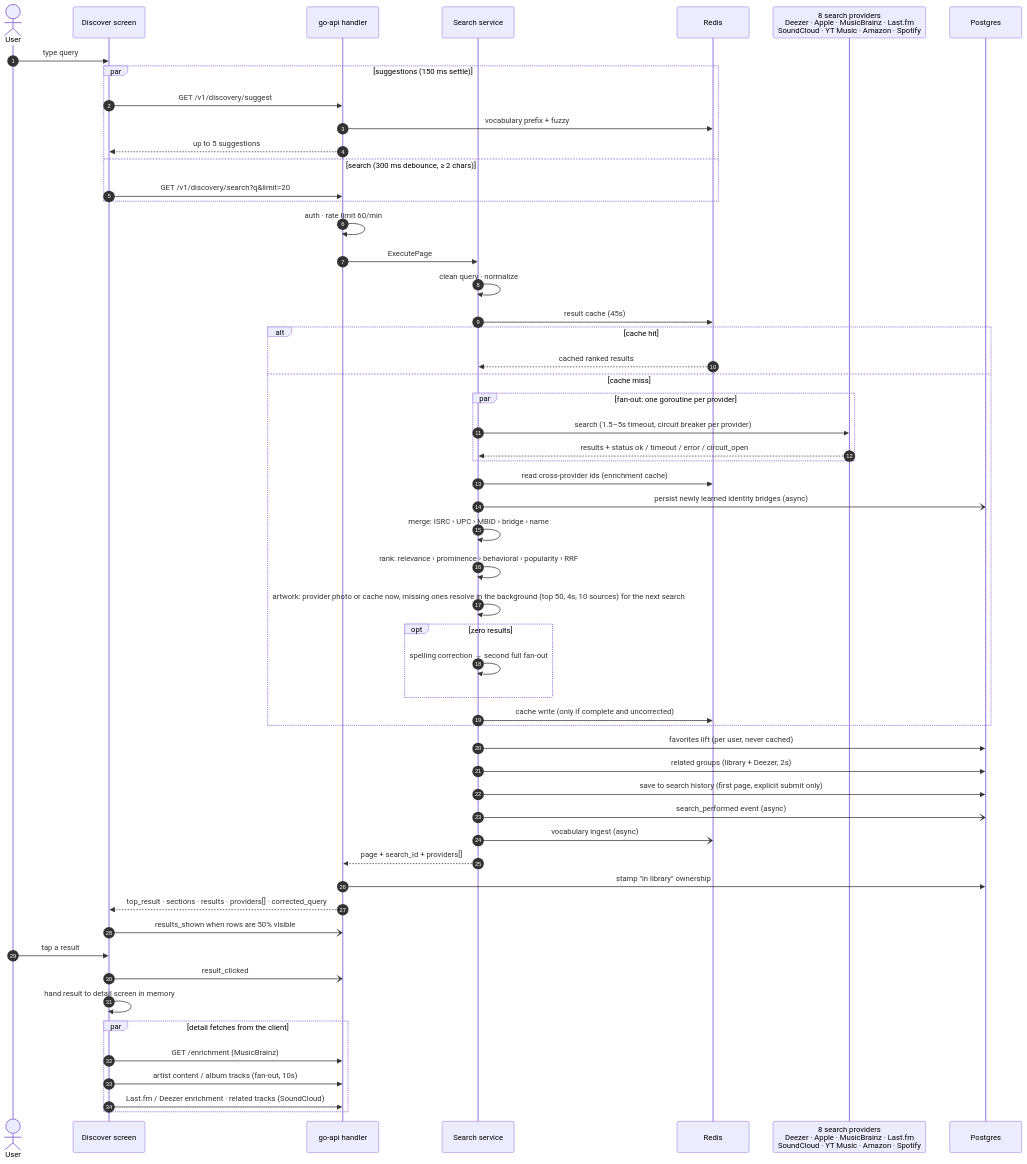
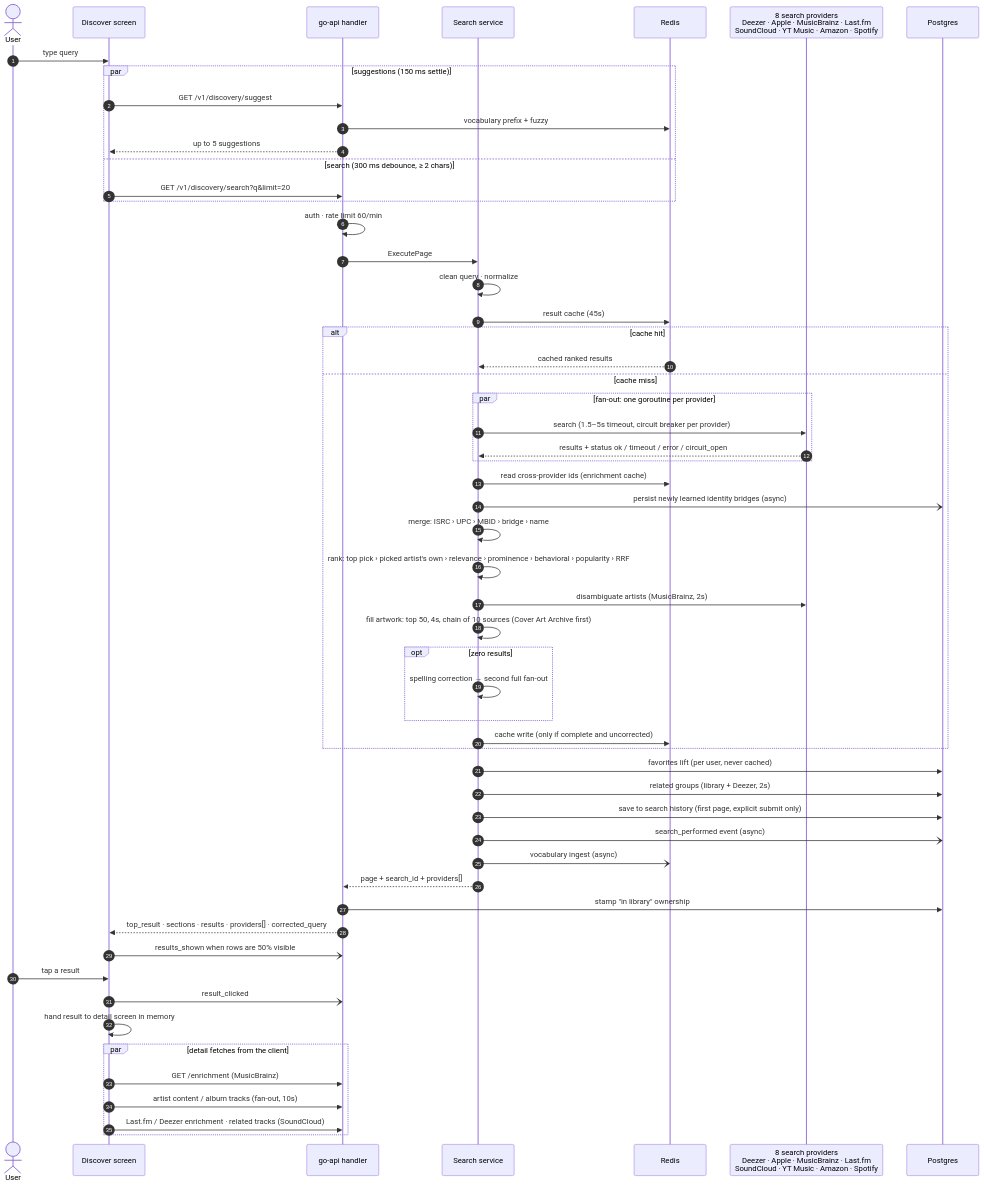
The diagram in docs/diagrams/discovery.md (aleburrascano/altune), drawn with Mermaid before and after one commit. The commit also changed 9 other files, not shown here.

Commit message:
feat(discovery): the right artist first, with their own songs (#1985)

````diff
--- a/docs/diagrams/discovery.md
+++ b/docs/diagrams/discovery.md
@@ -7,59 +7,60 @@
 ```mermaid
 sequenceDiagram
     autonumber
     actor U as User
     participant App as Discover screen
     participant H as go-api handler
     participant S as Search service
     participant R as Redis
     participant P as 8 search providers<br/>Deezer · Apple · MusicBrainz · Last.fm<br/>SoundCloud · YT Music · Amazon · Spotify
     participant DB as Postgres
 
     U->>App: type query
     par suggestions (150 ms settle)
         App->>H: GET /v1/discovery/suggest
         H->>R: vocabulary prefix + fuzzy
         H-->>App: up to 5 suggestions
     and search (300 ms debounce, ≥ 2 chars)
         App->>H: GET /v1/discovery/search?q&limit=20
     end
     H->>H: auth · rate limit 60/min
     H->>S: ExecutePage
     S->>S: clean query · normalize
     S->>R: result cache (45s)
     alt cache hit
         R-->>S: cached ranked results
     else cache miss
         par fan-out: one goroutine per provider
             S->>P: search (1.5–5s timeout, circuit breaker per provider)
             P-->>S: results + status ok / timeout / error / circuit_open
         end
         S->>R: read cross-provider ids (enrichment cache)
         S-)DB: persist newly learned identity bridges (async)
         S->>S: merge: ISRC › UPC › MBID › bridge › name
-        S->>S: rank: relevance › prominence › behavioral › popularity › RRF
-        S->>S: artwork: provider photo or cache now, missing ones resolve in the background (top 50, 4s, 10 sources) for the next search
+        S->>S: rank: top pick › picked artist's own › relevance › prominence › behavioral › popularity › RRF
+        S->>P: disambiguate artists (MusicBrainz, 2s)
+        S->>S: fill artwork: top 50, 4s, chain of 10 sources (Cover Art Archive first)
         opt zero results
             S->>S: spelling correction → second full fan-out
         end
         S->>R: cache write (only if complete and uncorrected)
     end
     S->>DB: favorites lift (per user, never cached)
     S->>DB: related groups (library + Deezer, 2s)
     S->>DB: save to search history (first page, explicit submit only)
     S-)DB: search_performed event (async)
     S-)R: vocabulary ingest (async)
     S-->>H: page + search_id + providers[]
     H->>DB: stamp "in library" ownership
     H-->>App: top_result · sections · results · providers[] · corrected_query
     App-)H: results_shown when rows are 50% visible
 
     U->>App: tap a result
     App-)H: result_clicked
     App->>App: hand result to detail screen in memory
     par detail fetches from the client
         App->>H: GET /enrichment (MusicBrainz)
         App->>H: artist content / album tracks (fan-out, 10s)
         App->>H: Last.fm / Deezer enrichment · related tracks (SoundCloud)
     end
 ```
````
